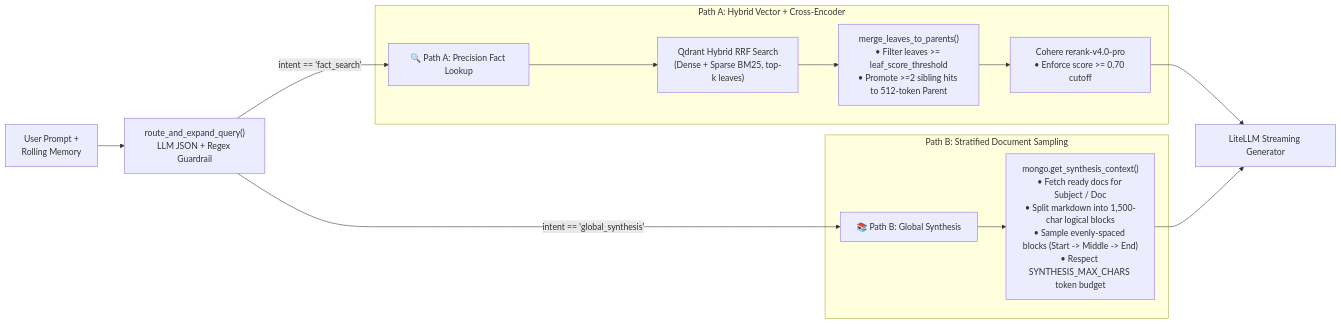
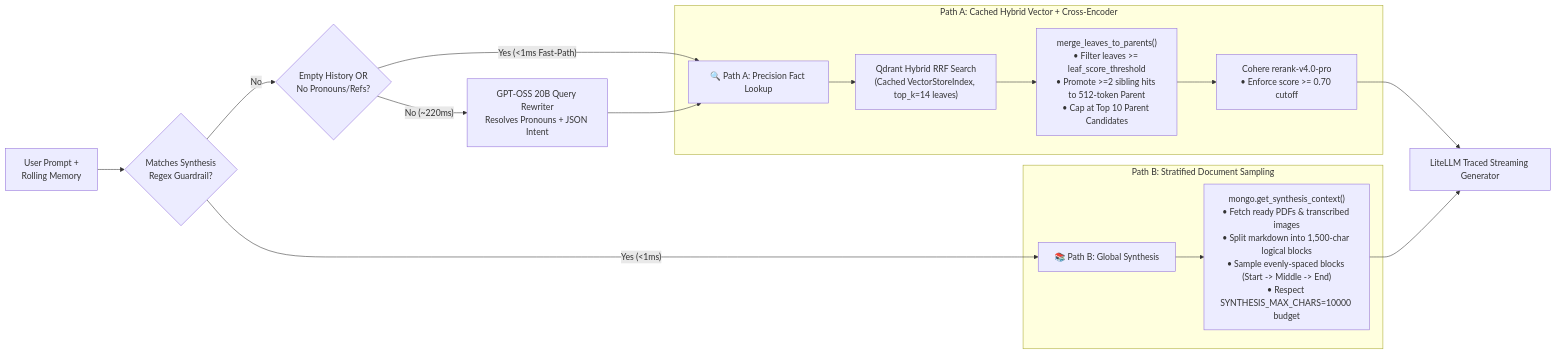
One commit to MwauraJames/manifold changed the third of 4 diagrams in README.md. Above: the diagram before and after it, drawn with Mermaid. The commit also changed other lines of this file, not shown here.

````diff
--- a/README.md
+++ b/README.md
@@ -150,20 +160,24 @@
 ```mermaid
 flowchart LR
-    Q["User Prompt +<br/>Rolling Memory"] --> R["route_and_expand_query()<br/>LLM JSON + Regex Guardrail"]
+    Q["User Prompt +<br/>Rolling Memory"] --> Check1{"Matches Synthesis<br/>Regex Guardrail?"}
 
-    R -->|"intent == 'fact_search'"| PathA["🔍 Path A: Precision Fact Lookup"]
-    R -->|"intent == 'global_synthesis'"| PathB["📚 Path B: Global Synthesis"]
+    Check1 -->|"Yes (<1ms)"| PathB["📚 Path B: Global Synthesis"]
+    Check1 -->|"No"| Check2{"Empty History OR<br/>No Pronouns/Refs?"}
 
-    subgraph FactSearch["Path A: Hybrid Vector + Cross-Encoder"]
-        PathA --> H["Qdrant Hybrid RRF Search<br/>(Dense + Sparse BM25, top-k leaves)"]
-        H --> M["merge_leaves_to_parents()<br/>• Filter leaves >= leaf_score_threshold<br/>• Promote >=2 sibling hits to 512-token Parent"]
+    Check2 -->|"Yes (<1ms Fast-Path)"| PathA["🔍 Path A: Precision Fact Lookup"]
+    Check2 -->|"No (~220ms)"| LLMRoute["GPT-OSS 20B Query Rewriter<br/>Resolves Pronouns + JSON Intent"]
+    LLMRoute --> PathA
+
+    subgraph FactSearch["Path A: Cached Hybrid Vector + Cross-Encoder"]
+        PathA --> H["Qdrant Hybrid RRF Search<br/>(Cached VectorStoreIndex, top_k=14 leaves)"]
+        H --> M["merge_leaves_to_parents()<br/>• Filter leaves >= leaf_score_threshold<br/>• Promote >=2 sibling hits to 512-token Parent<br/>• Cap at Top 10 Parent Candidates"]
         M --> C["Cohere rerank-v4.0-pro<br/>• Enforce score >= 0.70 cutoff"]
     end
 
     subgraph GlobalSynth["Path B: Stratified Document Sampling"]
-        PathB --> S["mongo.get_synthesis_context()<br/>• Fetch ready docs for Subject / Doc<br/>• Split markdown into 1,500-char logical blocks<br/>• Sample evenly-spaced blocks (Start -> Middle -> End)<br/>• Respect SYNTHESIS_MAX_CHARS token budget"]
+        PathB --> S["mongo.get_synthesis_context()<br/>• Fetch ready PDFs & transcribed images<br/>• Split markdown into 1,500-char logical blocks<br/>• Sample evenly-spaced blocks (Start -> Middle -> End)<br/>• Respect SYNTHESIS_MAX_CHARS=10000 budget"]
     end
 
-    C --> LLM["LiteLLM Streaming Generator"]
+    C --> LLM["LiteLLM Traced Streaming Generator"]
     S --> LLM
 ```
````
